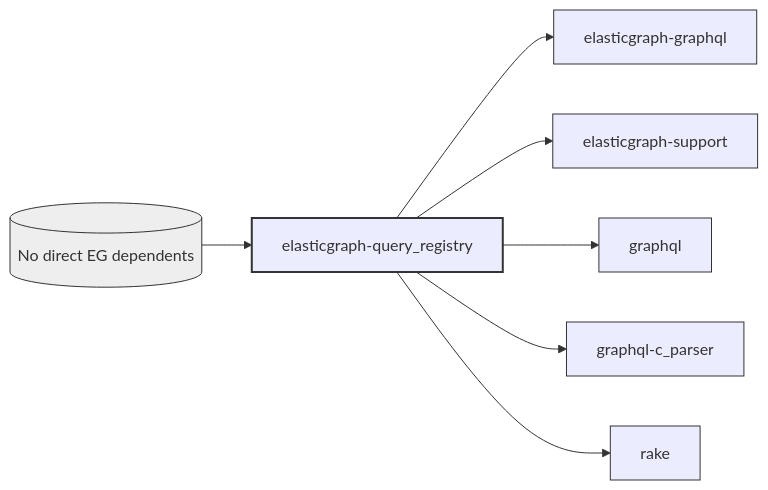
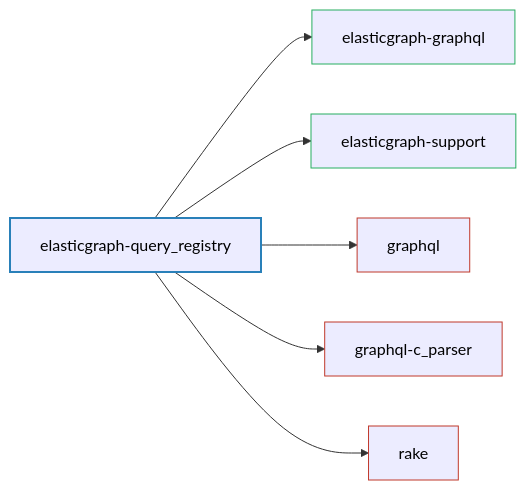
Before and after one commit to block/elasticgraph: the diagram in elasticgraph-query_registry/README.md, drawn with Mermaid. The commit also changed 21 other files, not shown here.

````diff
--- a/elasticgraph-query_registry/README.md
+++ b/elasticgraph-query_registry/README.md
@@ -34,20 +34,20 @@
 ```mermaid
 graph LR;
+    elasticgraph-query_registry["elasticgraph-query_registry"];
+    elasticgraph-graphql["elasticgraph-graphql"];
     elasticgraph-query_registry --> elasticgraph-graphql;
+    elasticgraph-support["elasticgraph-support"];
     elasticgraph-query_registry --> elasticgraph-support;
+    graphql["graphql"];
     elasticgraph-query_registry --> graphql;
+    graphql-c_parser["graphql-c_parser"];
     elasticgraph-query_registry --> graphql-c_parser;
+    rake["rake"];
     elasticgraph-query_registry --> rake;
-    no_eg_dependents[(No direct EG dependents)] --> elasticgraph-query_registry;
-    classDef currentGemStyle fill:#lightblue,stroke:#333,stroke-width:2px;
-    classDef internalEgGemStyle fill:#lightgreen,stroke:#333,stroke-width:1px;
-    classDef externalGemStyle fill:#lightcoral,stroke:#333,stroke-width:1px;
-    classDef placeholderNodeStyle fill:#eee,stroke:#333,stroke-width:1px;
-    class elasticgraph-query_registry currentGemStyle;
-    class elasticgraph-graphql internalEgGemStyle;
-    class elasticgraph-support internalEgGemStyle;
-    class graphql externalGemStyle;
-    class graphql-c_parser externalGemStyle;
-    class rake externalGemStyle;
-    class no_eg_dependents placeholderNodeStyle;
+    style elasticgraph-query_registry fill:#lightblue,stroke:#2980b9,stroke-width:2px,color:#000;
+    style elasticgraph-graphql fill:#lightgreen,stroke:#27ae60,stroke-width:1px,color:#000;
+    style elasticgraph-support fill:#lightgreen,stroke:#27ae60,stroke-width:1px,color:#000;
+    style graphql fill:#lightcoral,stroke:#c0392b,stroke-width:1px,color:#000;
+    style graphql-c_parser fill:#lightcoral,stroke:#c0392b,stroke-width:1px,color:#000;
+    style rake fill:#lightcoral,stroke:#c0392b,stroke-width:1px,color:#000;
 ```
````
